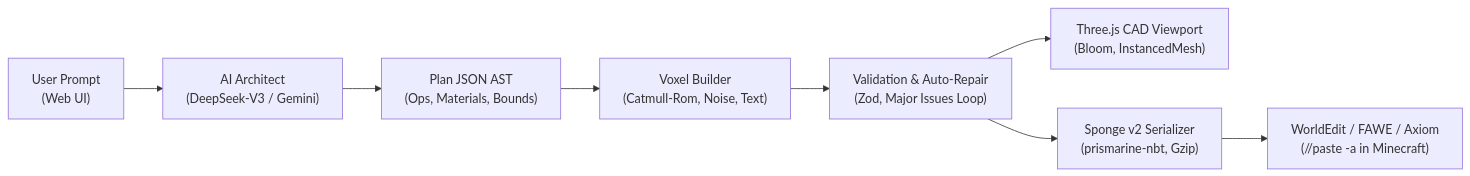
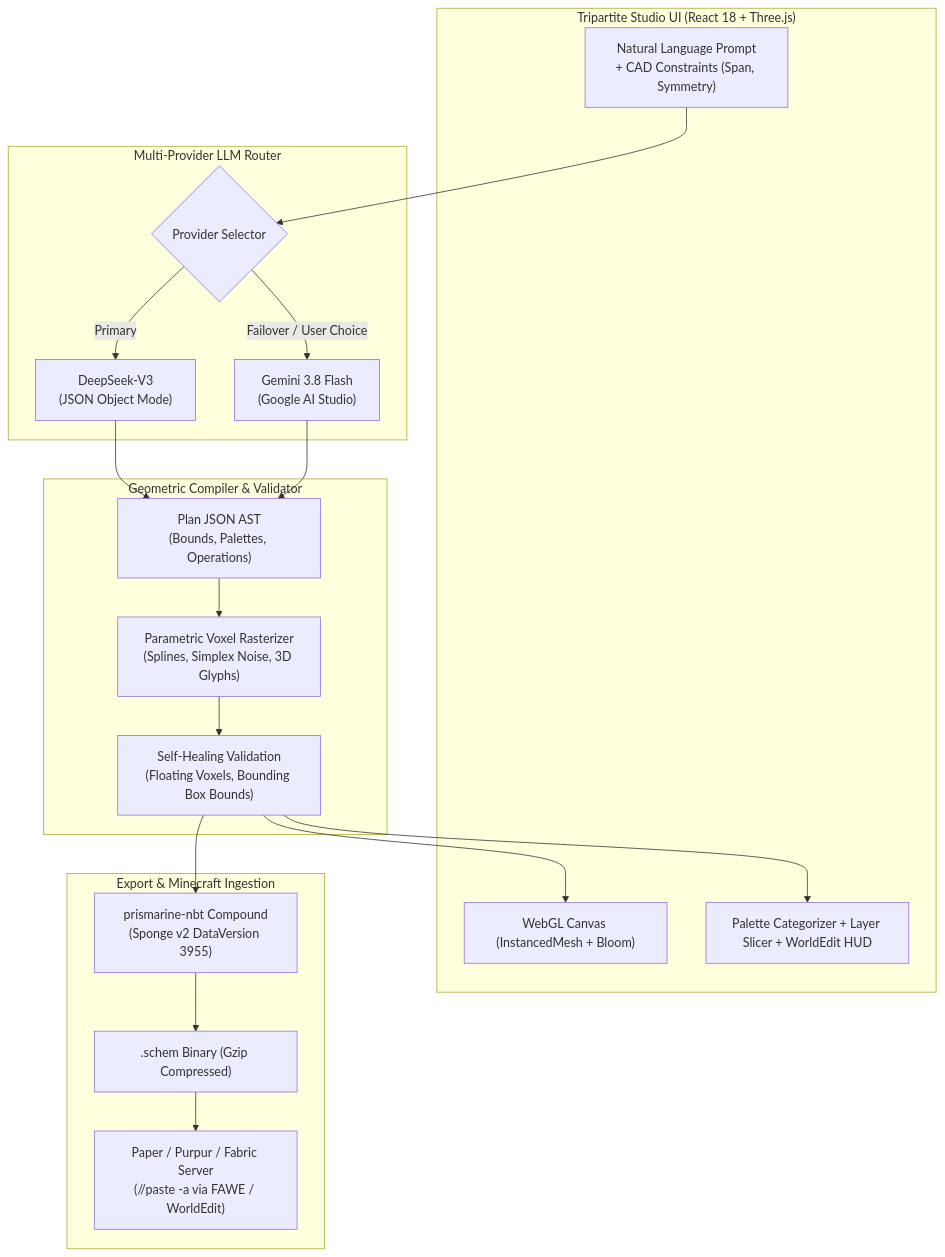
The second of 2 diagrams in README.md (averagekar/blockarchitect), drawn with Mermaid before and after one commit. The commit also changed other lines of this file and 17 other files, not shown here.

````diff
--- a/README.md
+++ b/README.md
@@ -72,10 +110,39 @@
 ```mermaid
-flowchart LR
-    A["User Prompt\n(Web UI)"] --> B["AI Architect\n(DeepSeek-V3 / Gemini)"]
-    B --> C["Plan JSON AST\n(Ops, Materials, Bounds)"]
-    C --> D["Voxel Builder\n(Catmull-Rom, Noise, Text)"]
-    D --> E["Validation & Auto-Repair\n(Zod, Major Issues Loop)"]
-    E --> F["Three.js CAD Viewport\n(Bloom, InstancedMesh)"]
-    E --> G["Sponge v2 Serializer\n(prismarine-nbt, Gzip)"]
-    G --> H["WorldEdit / FAWE / Axiom\n(//paste -a in Minecraft)"]
+flowchart TD
+    subgraph UI["Tripartite Studio UI (React 18 + Three.js)"]
+        Prompt["Natural Language Prompt\n+ CAD Constraints (Span, Symmetry)"]
+        Viewport["WebGL Canvas (InstancedMesh + Bloom)"]
+        Inspector["Palette Categorizer + Layer Slicer + WorldEdit HUD"]
+    end
+
+    subgraph Router["Multi-Provider LLM Router"]
+        Failover{"Provider Selector"}
+        DeepSeek["DeepSeek-V3\n(JSON Object Mode)"]
+        Gemini["Gemini 3.8 Flash\n(Google AI Studio)"]
+    end
+
+    subgraph Pipeline["Geometric Compiler & Validator"]
+        AST["Plan JSON AST\n(Bounds, Palettes, Operations)"]
+        Rasterizer["Parametric Voxel Rasterizer\n(Splines, Simplex Noise, 3D Glyphs)"]
+        AutoRepair["Self-Healing Validation\n(Floating Voxels, Bounding Box Bounds)"]
+    end
+
+    subgraph Output["Export & Minecraft Ingestion"]
+        NBT["prismarine-nbt Compound\n(Sponge v2 DataVersion 3955)"]
+        SchemFile[".schem Binary (Gzip Compressed)"]
+        Server["Paper / Purpur / Fabric Server\n(//paste -a via FAWE / WorldEdit)"]
+    end
+
+    Prompt --> Failover
+    Failover -->|Primary| DeepSeek
+    Failover -->|Failover / User Choice| Gemini
+    DeepSeek --> AST
+    Gemini --> AST
+    AST --> Rasterizer
+    Rasterizer --> AutoRepair
+    AutoRepair --> Viewport
+    AutoRepair --> Inspector
+    AutoRepair --> NBT
+    NBT --> SchemFile
+    SchemFile --> Server
 ```
````
